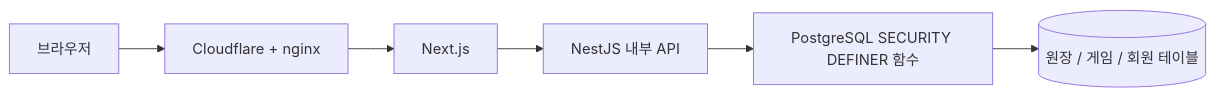
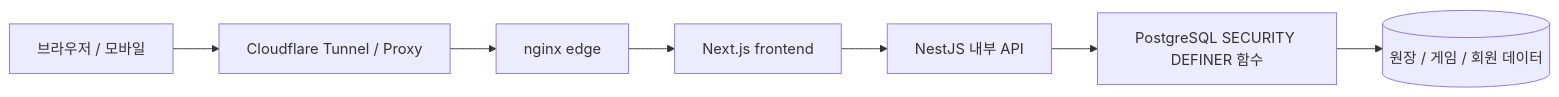
The second of 3 diagrams in README/README.ko.md (wtrdd1-hash/Woldeok-Moneyverse-Migration), drawn with Mermaid before and after one commit. The commit also changed other lines of this file and 22 other files, not shown here.

````diff
--- a/README/README.ko.md
+++ b/README/README.ko.md
@@ -25,8 +81,9 @@
 ```mermaid
 flowchart LR
-  U[브라우저] --> E[Cloudflare + nginx]
-  E --> F[Next.js]
+  U[브라우저 / 모바일] --> CF[Cloudflare Tunnel / Proxy]
+  CF --> E[nginx edge]
+  E --> F[Next.js frontend]
   F --> A[NestJS 내부 API]
   A --> D[PostgreSQL SECURITY DEFINER 함수]
-  D --> T[(원장 / 게임 / 회원 테이블)]
+  D --> T[(원장 / 게임 / 회원 데이터)]
 ```
````
